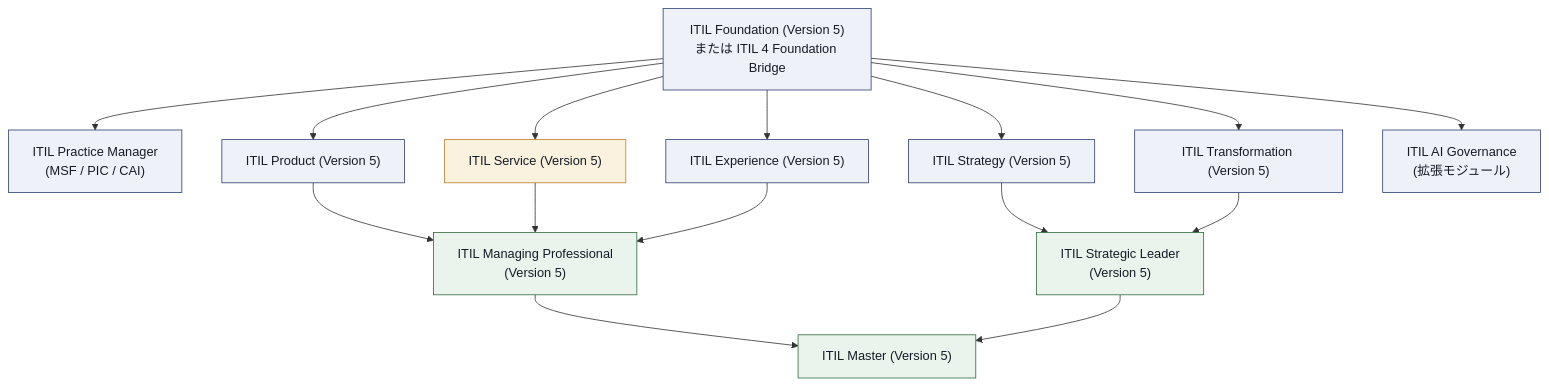
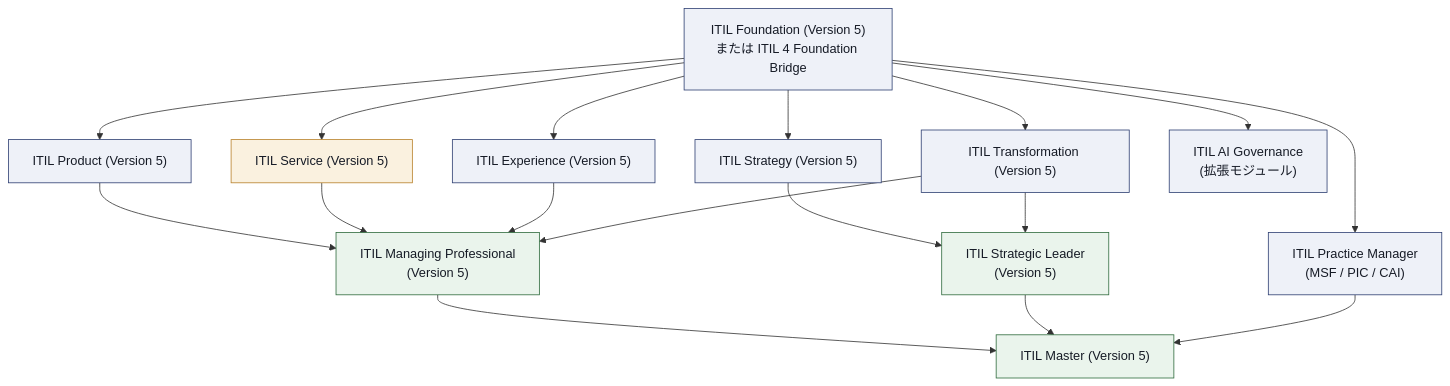
Before and after one commit to myoshi2891/Management-Team-Building-Studies: the first of 20 diagrams in Itil-service-v5-guide.md, drawn with Mermaid. The commit also changed other lines of this file and 2 other files, not shown here.

````diff
--- a/Itil-service-v5-guide.md
+++ b/Itil-service-v5-guide.md
@@ -94,27 +95,29 @@
 ```mermaid
 flowchart TB
     F["ITIL Foundation (Version 5)<br/>または ITIL 4 Foundation Bridge"]
     F --> PM["ITIL Practice Manager<br/>(MSF / PIC / CAI)"]
     F --> MP1["ITIL Product (Version 5)"]
     F --> MP2["ITIL Service (Version 5)"]
     F --> MP3["ITIL Experience (Version 5)"]
     F --> SL1["ITIL Strategy (Version 5)"]
     F --> SL2["ITIL Transformation (Version 5)"]
     F --> AIG["ITIL AI Governance<br/>(拡張モジュール)"]
     MP1 --> MP["ITIL Managing Professional<br/>(Version 5)"]
     MP2 --> MP
     MP3 --> MP
+    SL2 --> MP
     SL1 --> SLD["ITIL Strategic Leader<br/>(Version 5)"]
     SL2 --> SLD
     MP --> MST["ITIL Master (Version 5)"]
     SLD --> MST
+    PM --> MST
 
     classDef box fill:#EEF1F8,stroke:#2E3F72,color:#161B26
     classDef hub fill:#FAF1DF,stroke:#B8802A,color:#161B26
     classDef done fill:#EAF4EC,stroke:#2F6B3D,color:#161B26
     class F box
     class PM,MP1,MP3,SL1,SL2,AIG box
     class MP2 hub
     class MP,SLD done
     class MST done
 ```
````
